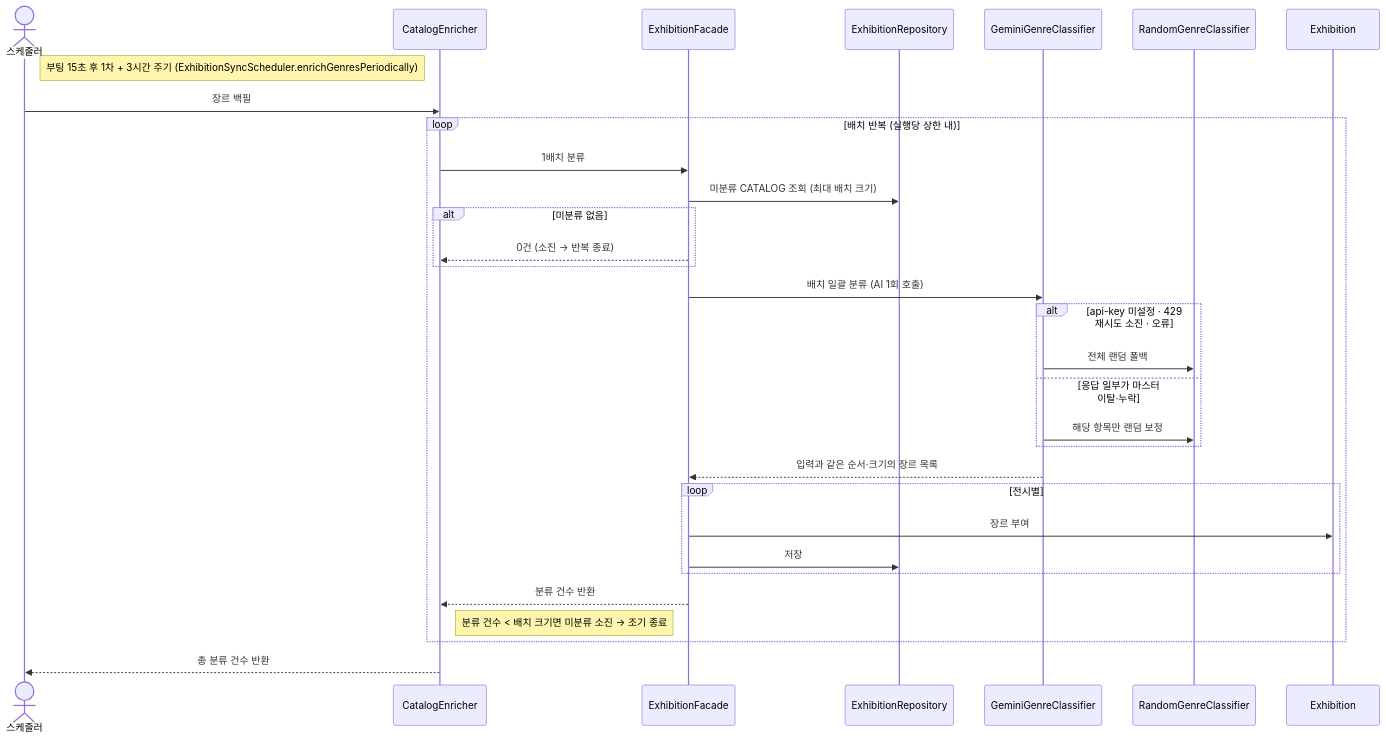
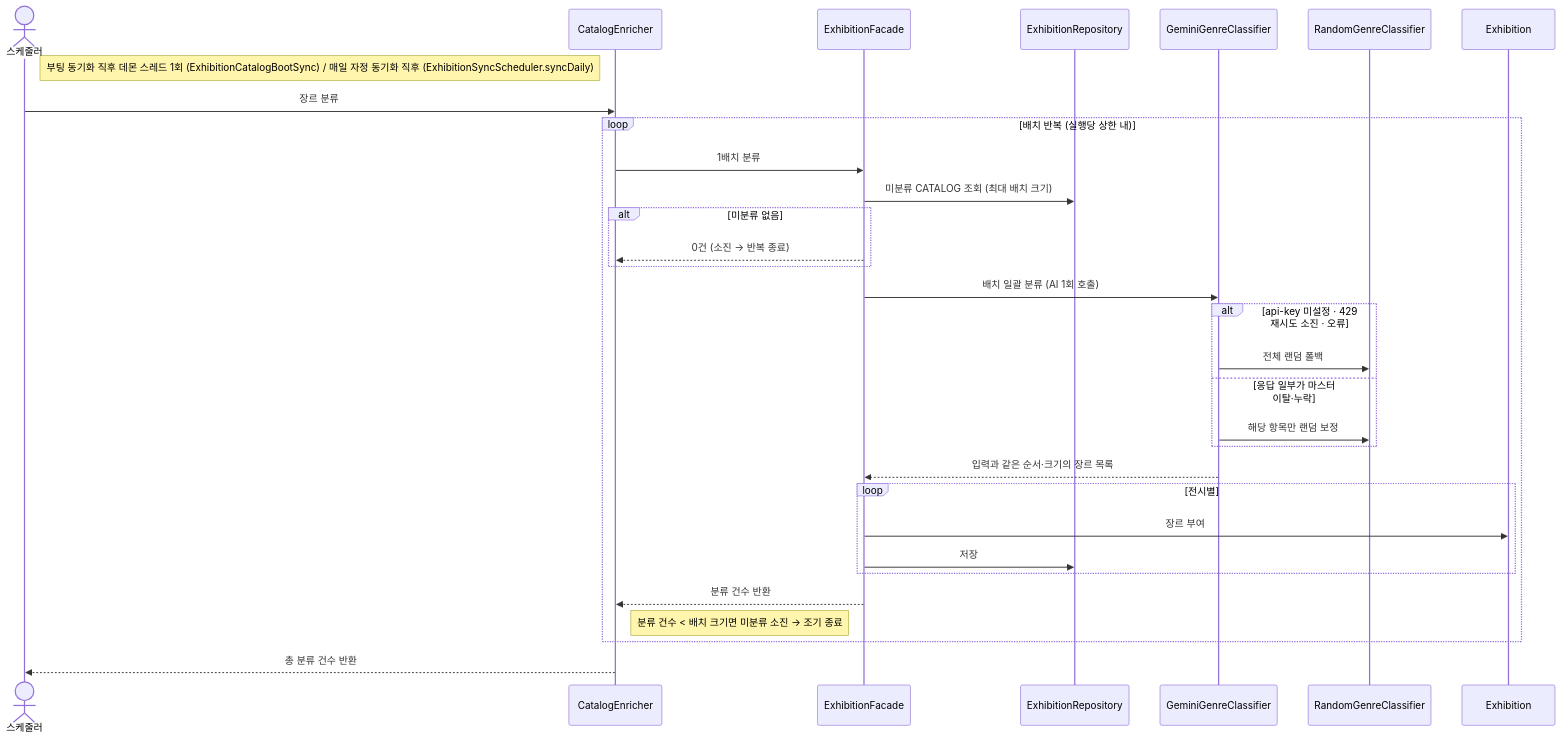
One commit to team-modi/yeowun-backend changed the diagram in docs/sequence-diagram/exhibition/06-장르-백필.md. Above: the diagram before and after it, drawn with Mermaid. The commit also changed other lines of this file and 5 other files, not shown here.

````diff
--- a/docs/sequence-diagram/exhibition/06-장르-백필.md
+++ b/docs/sequence-diagram/exhibition/06-장르-백필.md
@@ -10,39 +10,39 @@
 ```mermaid
 sequenceDiagram
     actor 스케줄러
     participant CatalogEnricher
     participant ExhibitionFacade
     participant ExhibitionRepository
     participant GeminiGenreClassifier
     participant RandomGenreClassifier
     participant Exhibition
 
-    Note right of 스케줄러: 부팅 15초 후 1차 + 3시간 주기 (ExhibitionSyncScheduler.enrichGenresPeriodically)
+    Note right of 스케줄러: 부팅 동기화 직후 데몬 스레드 1회 (ExhibitionCatalogBootSync) / 매일 자정 동기화 직후 (ExhibitionSyncScheduler.syncDaily)
 
-    스케줄러->>CatalogEnricher: 장르 백필
+    스케줄러->>CatalogEnricher: 장르 분류
 
     loop 배치 반복 (실행당 상한 내)
         CatalogEnricher->>ExhibitionFacade: 1배치 분류
         ExhibitionFacade->>ExhibitionRepository: 미분류 CATALOG 조회 (최대 배치 크기)
         alt 미분류 없음
             ExhibitionFacade-->>CatalogEnricher: 0건 (소진 → 반복 종료)
         end
 
         ExhibitionFacade->>GeminiGenreClassifier: 배치 일괄 분류 (AI 1회 호출)
         alt api-key 미설정 · 429 재시도 소진 · 오류
             GeminiGenreClassifier->>RandomGenreClassifier: 전체 랜덤 폴백
         else 응답 일부가 마스터 이탈·누락
             GeminiGenreClassifier->>RandomGenreClassifier: 해당 항목만 랜덤 보정
         end
         GeminiGenreClassifier-->>ExhibitionFacade: 입력과 같은 순서·크기의 장르 목록
 
         loop 전시별
             ExhibitionFacade->>Exhibition: 장르 부여
             ExhibitionFacade->>ExhibitionRepository: 저장
         end
         ExhibitionFacade-->>CatalogEnricher: 분류 건수 반환
         Note right of CatalogEnricher: 분류 건수 < 배치 크기면 미분류 소진 → 조기 종료
     end
 
     CatalogEnricher-->>스케줄러: 총 분류 건수 반환
 ```
````
